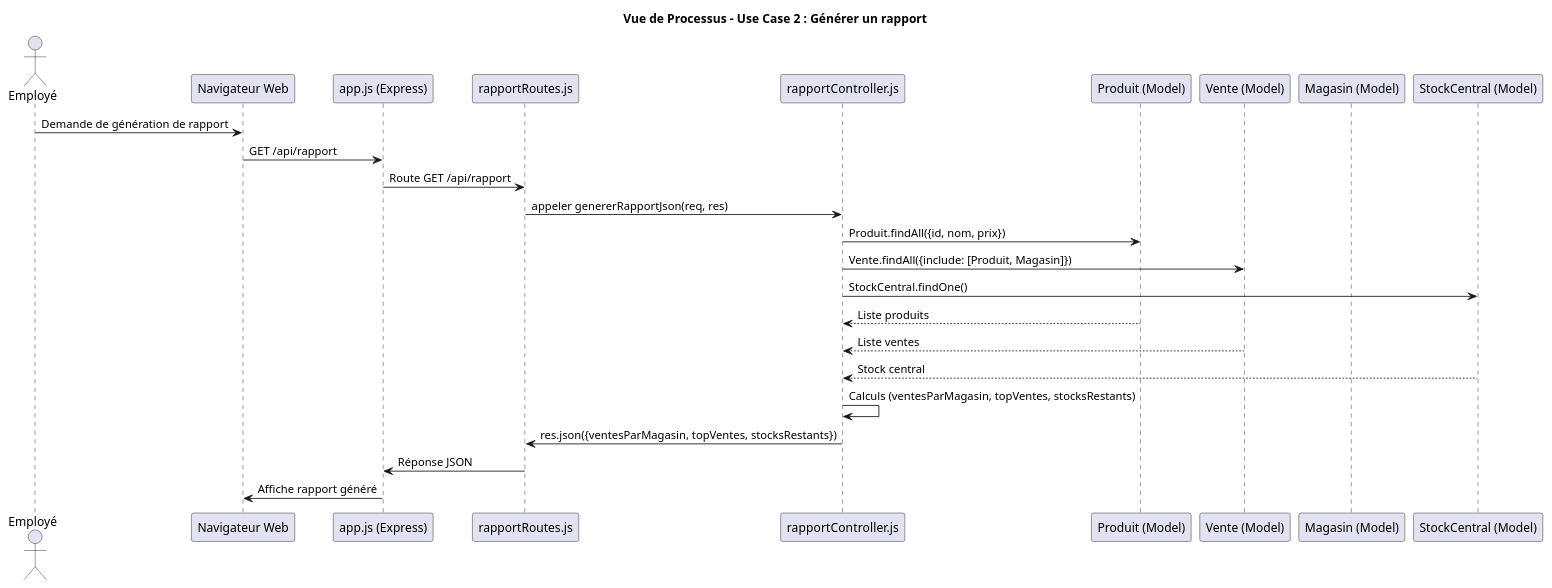
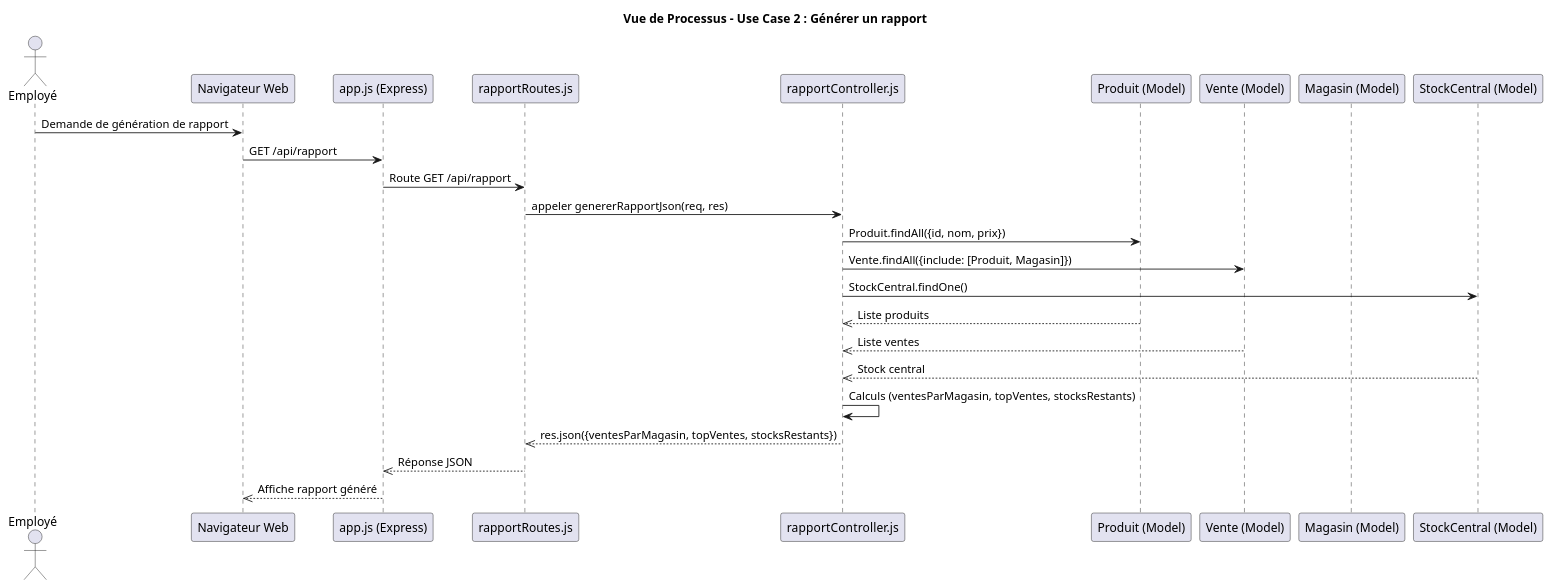
The diagram in docs/UML/vue_processus_UC2_consulter_rapport.puml (ChawkiBenzeghiba/Lab2-LOG430), drawn with PlantUML before and after one commit. The commit also changed 22 other files, not shown here.

Commit message:
Finalisation du laboratoire 2 et étape 1 et des diagrammes manquants

```diff
--- a/docs/UML/vue_processus_UC2_consulter_rapport.puml
+++ b/docs/UML/vue_processus_UC2_consulter_rapport.puml
@@ -1,30 +1,30 @@
 @startuml
 title Vue de Processus – Use Case 2 : Générer un rapport
 
 actor "Employé" as user
 participant "Navigateur Web" as browser
 participant "app.js (Express)" as app
 participant "rapportRoutes.js" as route
 participant "rapportController.js" as ctrl
 participant "Produit (Model)" as produit
 participant "Vente (Model)" as vente
 participant "Magasin (Model)" as magasin
 participant "StockCentral (Model)" as stockcentral
 
 user -> browser : Demande de génération de rapport
 browser -> app : GET /api/rapport
 app -> route : Route GET /api/rapport
 route -> ctrl : appeler genererRapportJson(req, res)
 ctrl -> produit : Produit.findAll({id, nom, prix})
 ctrl -> vente : Vente.findAll({include: [Produit, Magasin]})
 ctrl -> stockcentral : StockCentral.findOne()
-produit --> ctrl : Liste produits
-vente --> ctrl : Liste ventes
-stockcentral --> ctrl : Stock central
+produit -->> ctrl : Liste produits
+vente -->> ctrl : Liste ventes
+stockcentral -->> ctrl : Stock central
 
 ctrl -> ctrl : Calculs (ventesParMagasin, topVentes, stocksRestants)
-ctrl -> route : res.json({ventesParMagasin, topVentes, stocksRestants})
-route -> app : Réponse JSON
-app -> browser : Affiche rapport généré
+ctrl -->> route : res.json({ventesParMagasin, topVentes, stocksRestants})
+route -->> app : Réponse JSON
+app -->> browser : Affiche rapport généré
 
 @enduml
```
